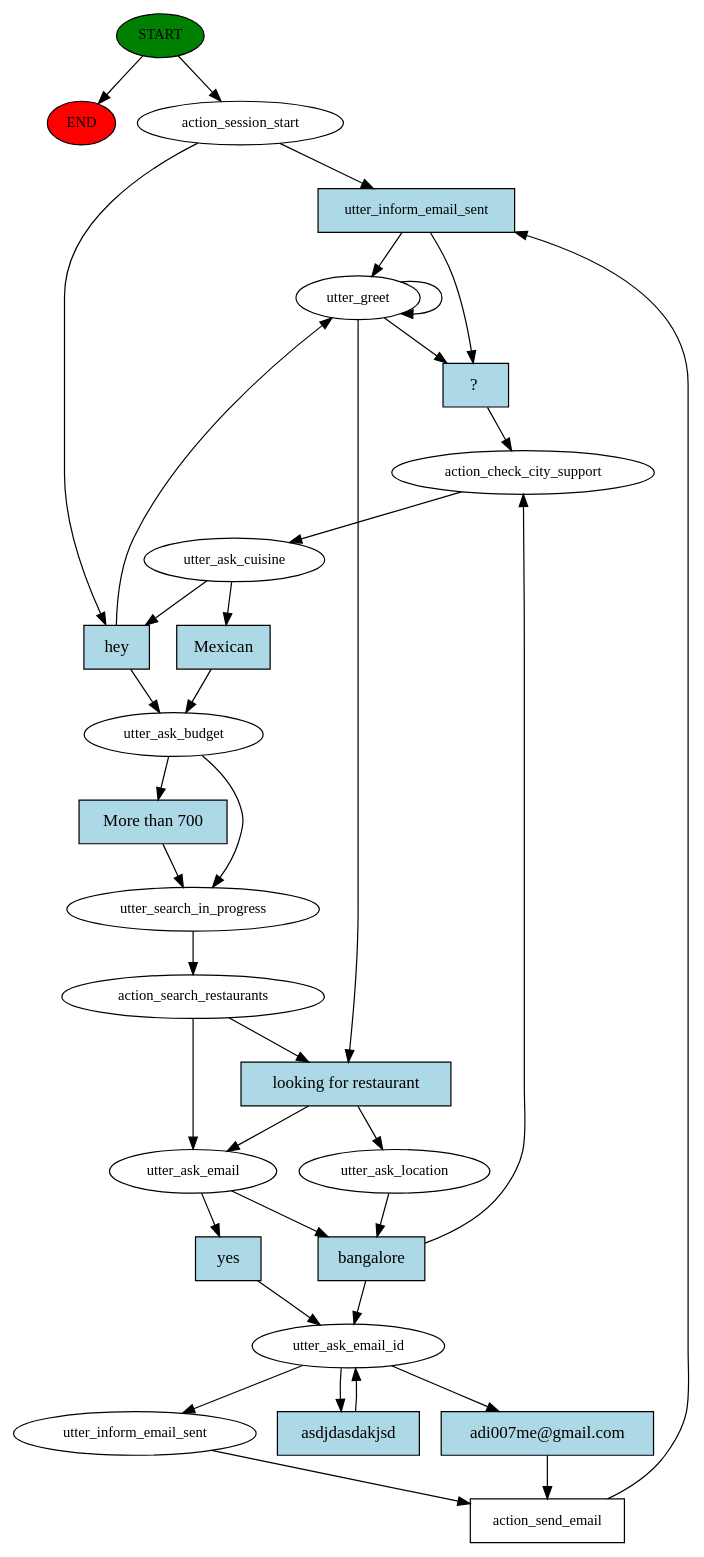
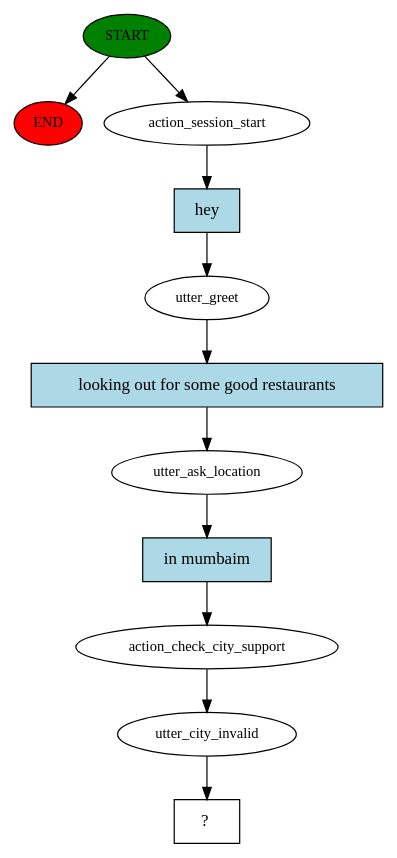
One commit to adi007me/rasa-chatbot changed the diagram in story_graph.dot. Above: the diagram before and after it, drawn with Graphviz. The commit also changed 5 other files, not shown here.

Commit message:
Added new stories for 'no city support'. Fixed cuisines

```diff
--- a/story_graph.dot
+++ b/story_graph.dot
@@ -1,80 +1,23 @@
 digraph  {
 0 [class="start active", fillcolor=green, fontsize=12, label=START, style=filled];
 "-1" [class=end, fillcolor=red, fontsize=12, label=END, style=filled];
 1 [class=active, fontsize=12, label=action_session_start];
 2 [class=active, fontsize=12, label=utter_greet];
+3 [class=active, fontsize=12, label=utter_ask_location];
 4 [class=active, fontsize=12, label=action_check_city_support];
-5 [class=active, fontsize=12, label=utter_ask_budget];
-6 [class=active, fontsize=12, label=utter_search_in_progress];
-7 [class=active, fontsize=12, label=action_search_restaurants];
-8 [class=active, fontsize=12, label=utter_ask_email];
-9 [class=active, fontsize=12, label=utter_ask_email_id];
-10 [class=active, fontsize=12, label=action_send_email];
-11 [class=active, fontsize=12, label=utter_inform_email_sent];
-12 [class="intent dashed active", label="  ?  ", shape=rect];
-13 [class="intent active", fillcolor=lightblue, label=hi, shape=rect, style=filled];
-14 [class="intent active", fillcolor=lightblue, label="Im hungry. Looking out for some good chinese restaurants in chandigarh", shape=rect, style=filled];
-15 [class="intent active", fillcolor=lightblue, label="Rs. 300 to 700", shape=rect, style=filled];
-16 [class="intent active", fillcolor=lightblue, label="yes, please", shape=rect, style=filled];
-17 [class="intent active", fillcolor=lightblue, label="iamshiv.tr@gmail.com", shape=rect, style=filled];
+5 [class=active, fontsize=12, label=utter_city_invalid];
+6 [class="intent dashed active", label="  ?  ", shape=rect];
+7 [class="intent active", fillcolor=lightblue, label=hey, shape=rect, style=filled];
+8 [class="intent active", fillcolor=lightblue, label="looking out for some good restaurants", shape=rect, style=filled];
+9 [class="intent active", fillcolor=lightblue, label="in mumbaim", shape=rect, style=filled];
 0 -> "-1"  [class="", key=NONE, label=""];
 0 -> 1  [class=active, key=NONE, label=""];
-1 -> 13  [class=active, key=0];
-2 -> 2  [class=active, key=NONE, label=""];
-2 -> 14  [class=active, key=0];
+1 -> 7  [class=active, key=0];
+2 -> 8  [class=active, key=0];
+3 -> 9  [class=active, key=0];
 4 -> 5  [class=active, key=NONE, label=""];
-5 -> 15  [class=active, key=0];
-6 -> 7  [class=active, key=NONE, label=""];
-7 -> 8  [class=active, key=NONE, label=""];
-8 -> 16  [class=active, key=0];
-9 -> 17  [class=active, key=0];
-10 -> 11  [class=active, key=NONE, label=""];
-11 -> 12  [class=active, key=NONE, label=""];
-13 -> 2  [class=active, key=0];
-14 -> 4  [class=active, key=0];
-15 -> 6  [class=active, key=0];
-16 -> 9  [class=active, key=0];
-17 -> 10  [class=active, key=0];
-3 [class=active, fontsize=12, label=utter_ask_location];
-4 [class=active, fontsize=12, label=action_check_city_support];
-5 [class=active, fontsize=12, label=utter_ask_cuisine];
-6 [class=active, fontsize=12, label=utter_ask_budget];
-7 [class=active, fontsize=12, label=utter_search_in_progress];
-8 [class=active, fontsize=12, label=action_search_restaurants];
-9 [class=active, fontsize=12, label=utter_ask_email];
-10 [class=active, fontsize=12, label=utter_ask_email_id];
-12 [class=active, fontsize=12, label=action_send_email];
-13 [class=active, fontsize=12, label=utter_inform_email_sent];
-14 [class="intent dashed active", label="  ?  ", shape=rect];
-15 [class="intent active", fillcolor=lightblue, label=hey, shape=rect, style=filled];
-16 [class="intent active", fillcolor=lightblue, label="looking for restaurant", shape=rect, style=filled];
-17 [class="intent active", fillcolor=lightblue, label=bangalore, shape=rect, style=filled];
-18 [class="intent active", fillcolor=lightblue, label=Mexican, shape=rect, style=filled];
-19 [class="intent active", fillcolor=lightblue, label="More than 700", shape=rect, style=filled];
-20 [class="intent active", fillcolor=lightblue, label=yes, shape=rect, style=filled];
-21 [class="intent active", fillcolor=lightblue, label="adi007me@gmail.com", shape=rect, style=filled];
-22 [class="intent active", fillcolor=lightblue, label=asdjdasdakjsd, shape=rect, style=filled];
-0 -> "-1"  [class="", key=NONE, label=""];
-0 -> 1  [class=active, key=NONE, label=""];
-1 -> 15  [class=active, key=0];
-2 -> 16  [class=active, key=0];
-3 -> 17  [class=active, key=0];
-4 -> 5  [class=active, key=NONE, label=""];
-5 -> 18  [class=active, key=0];
-6 -> 19  [class=active, key=0];
-7 -> 8  [class=active, key=NONE, label=""];
-8 -> 9  [class=active, key=NONE, label=""];
-9 -> 20  [class=active, key=0];
-10 -> 21  [class=active, key=0];
-10 -> 22  [class=active, key=0];
-12 -> 13  [class=active, key=NONE, label=""];
-13 -> 14  [class=active, key=NONE, label=""];
-15 -> 2  [class=active, key=0];
-16 -> 3  [class=active, key=0];
-17 -> 4  [class=active, key=0];
-18 -> 6  [class=active, key=0];
-19 -> 7  [class=active, key=0];
-20 -> 10  [class=active, key=0];
-21 -> 12  [class=active, key=0];
-22 -> 10  [class=active, key=0];
+5 -> 6  [class=active, key=NONE, label=""];
+7 -> 2  [class=active, key=0];
+8 -> 3  [class=active, key=0];
+9 -> 4  [class=active, key=0];
 }
```
